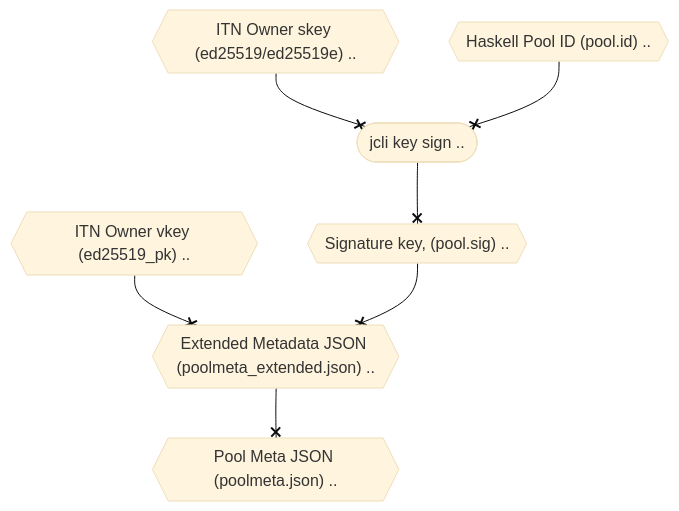
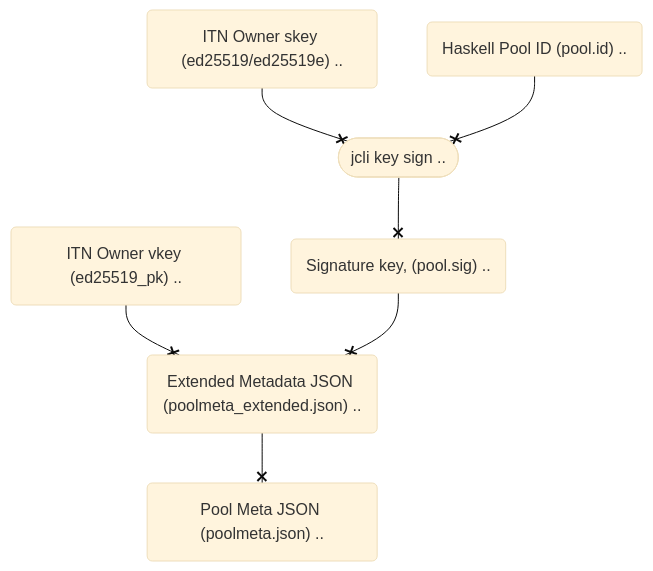
The diagram in docs/Scripts/itnwitness.md (cardano-community/guild-operators), drawn with Mermaid (base theme) before and after one commit. The commit also changed other lines of this file and 54 other files, not shown here.

````diff
--- a/docs/Scripts/itnwitness.md
+++ b/docs/Scripts/itnwitness.md
@@ -12,10 +9,10 @@
 ```mermaid
 graph TB
-    A{{"ITN Owner skey (ed25519/ed25519e) .."}} --x C(["jcli key sign .."])
-    B{{"Haskell Pool ID (pool.id) .."}} --x C
-    C --x D{{"Signature key, (pool.sig) .."}}
-    E{{"ITN Owner vkey (ed25519_pk) .."}} --x F{{"Extended Metadata JSON (poolmeta_extended.json) .."}}
+    A("ITN Owner skey (ed25519/ed25519e) ..") --x C(["jcli key sign .."])
+    B("Haskell Pool ID (pool.id) ..") --x C
+    C --x D("Signature key, (pool.sig) ..")
+    E("ITN Owner vkey (ed25519_pk) ..") --x F("Extended Metadata JSON (poolmeta_extended.json) ..")
     D --x F
-    F --x G{{"Pool Meta JSON (poolmeta.json) .."}}
+    F --x G("Pool Meta JSON (poolmeta.json) ..")
     ;
 ```
````
